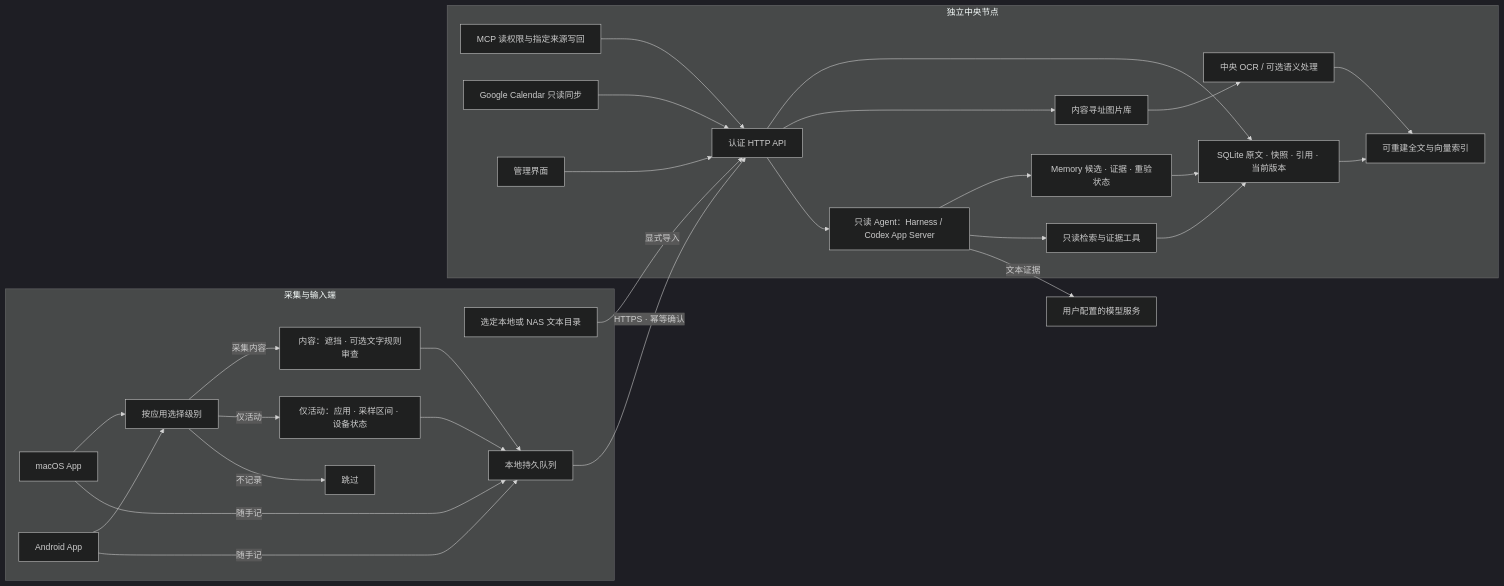
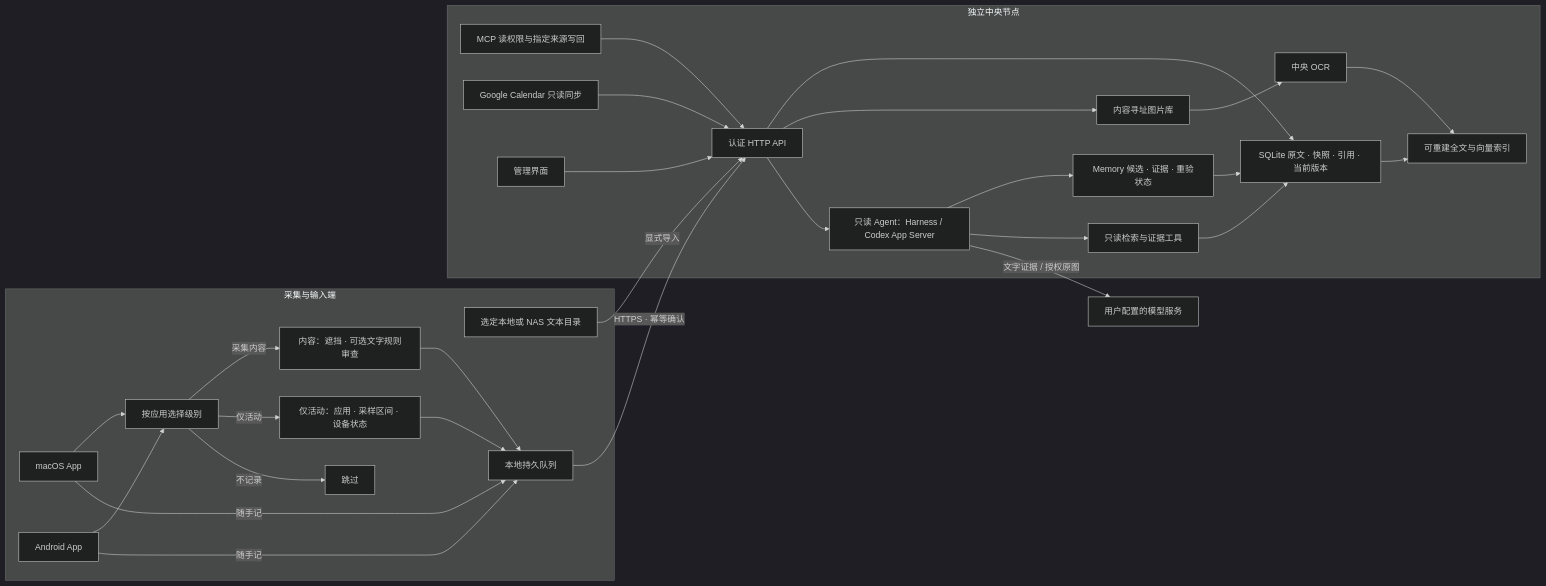
The diagram in README.md (utopiafar/mote), drawn with Mermaid (dark theme) before and after one commit. The commit also changed 17 other files, not shown here.

````diff
--- a/README.md
+++ b/README.md
@@ -43,49 +43,49 @@
 ```mermaid
 flowchart LR
   subgraph Endpoints[采集与输入端]
     Mac[macOS App]
     Android[Android App]
     Files[选定本地或 NAS 文本目录]
     Policy[按应用选择级别]
     Privacy[内容：遮挡 · 可选文字规则审查]
     Activity[仅活动：应用 · 采样区间 · 设备状态]
     Queue[本地持久队列]
     Mac --> Policy
     Android --> Policy
     Policy -->|采集内容| Privacy
     Policy -->|仅活动| Activity
     Policy -->|不记录| Skip[跳过]
     Activity --> Queue
     Privacy --> Queue
     Mac -->|随手记| Queue
     Android -->|随手记| Queue
   end
   subgraph Central[独立中央节点]
     API[认证 HTTP API]
     Store[SQLite 原文 · 快照 · 引用 · 当前版本]
     Index[可重建全文与向量索引]
     Memory[Memory 候选 · 证据 · 重验状态]
     MCP[MCP 读权限与指定来源写回]
     Cloud[Google Calendar 只读同步]
     Store --> Index
     Agent --> Memory
     Memory --> Store
     MCP --> API
     Cloud --> API
     Blobs[内容寻址图片库]
     Agent[只读 Agent：Harness / Codex App Server]
     Tools[只读检索与证据工具]
     UI[管理界面]
     API --> Store
     API --> Blobs
-    Blobs --> Perception[中央 OCR / 可选语义处理]
+    Blobs --> Perception[中央 OCR]
     Perception --> Index
     UI --> API
     API --> Agent
     Agent --> Tools
     Tools --> Store
   end
   Queue -->|HTTPS · 幂等确认| API
   Files -->|显式导入| API
-  Agent -->|文本证据| Model[用户配置的模型服务]
+  Agent -->|文字证据 / 授权原图| Model[用户配置的模型服务]
 ```
````
